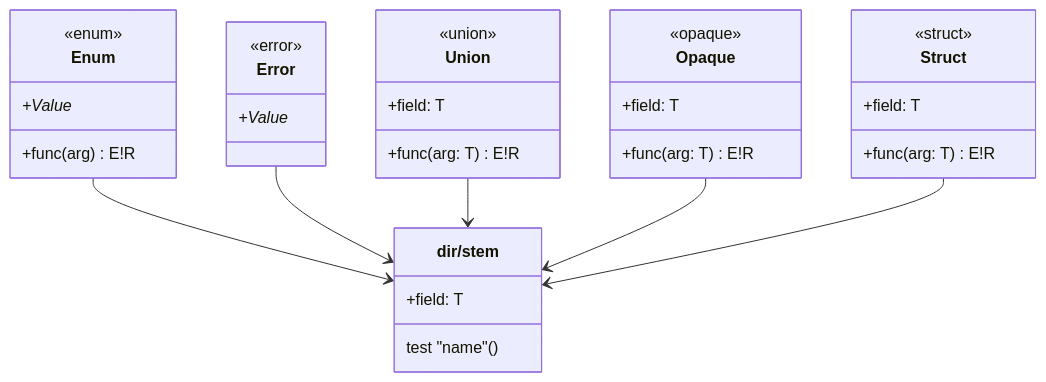
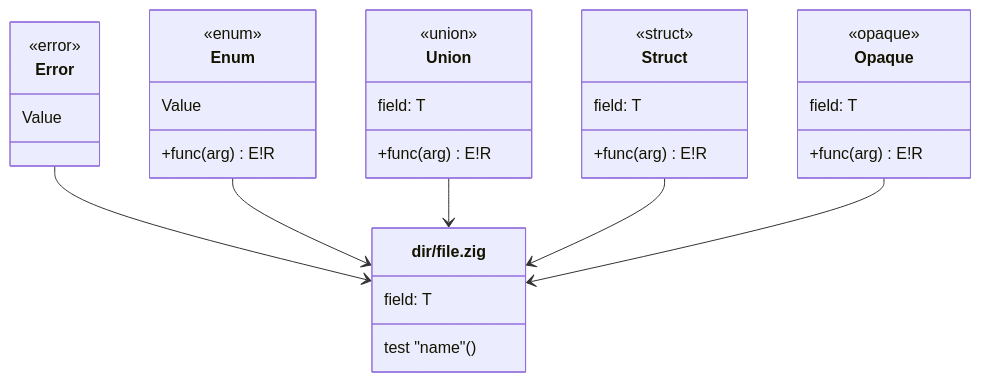
The diagram in README.md (tensorush/meduza), drawn with Mermaid before and after one commit. The commit also changed other lines of this file and 5 other files, not shown here.

````diff
--- a/README.md
+++ b/README.md
@@ -48,36 +48,36 @@
 ```mermaid
 classDiagram
-    class `dir/stem` {
-        +field: T
+    class `dir/file.zig` {
+        field: T
         test "name"()
+    }
+    class Error {
+        <<error>>
+        Value
     }
     class Enum {
         <<enum>>
-        +Value*
+        Value
         +func(arg) E!R
     }
-    Enum --> `dir/stem`
-    class Error {
-        <<error>>
-        +Value*
-    }
-    Error --> `dir/stem`
     class Union {
         <<union>>
-        +field: T
-        +func(arg: T) E!R
+        field: T
+        +func(arg) E!R
     }
-    Union --> `dir/stem`
+    class Struct {
+        <<struct>>
+        field: T
+        +func(arg) E!R
+    }
     class Opaque {
         <<opaque>>
-        +field: T
-        +func(arg: T) E!R
+        field: T
+        +func(arg) E!R
     }
-    Opaque --> `dir/stem`
-    class Struct {
-        <<struct>>
-        +field: T
-        +func(arg: T) E!R
-    }
-    Struct --> `dir/stem`
+    Error --> `dir/file.zig`
+    Enum --> `dir/file.zig`
+    Union --> `dir/file.zig`
+    Struct --> `dir/file.zig`
+    Opaque --> `dir/file.zig`
 ```
````
